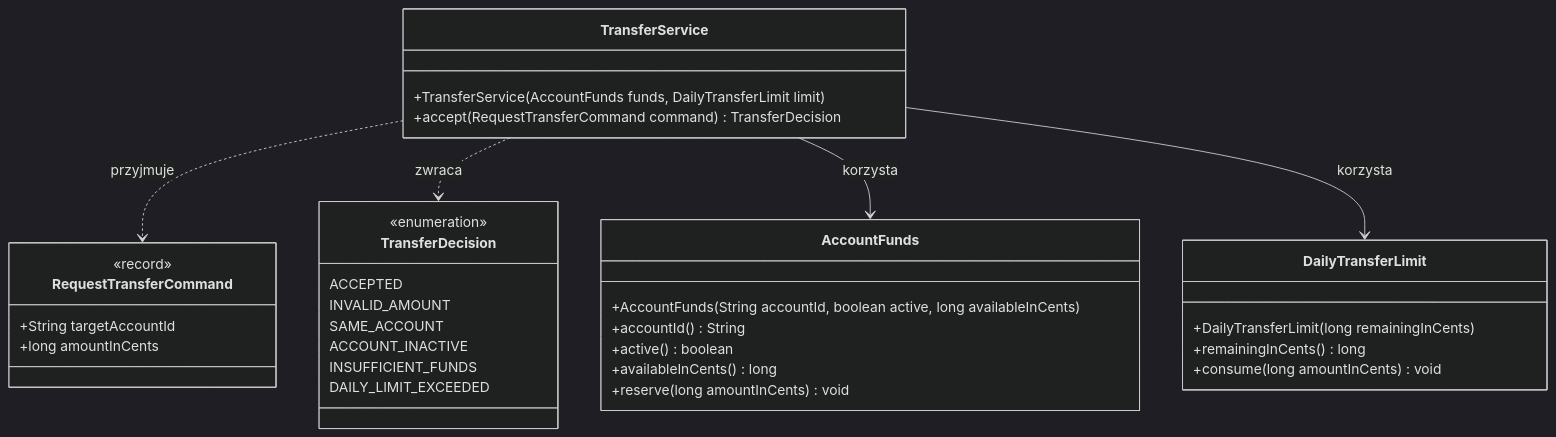
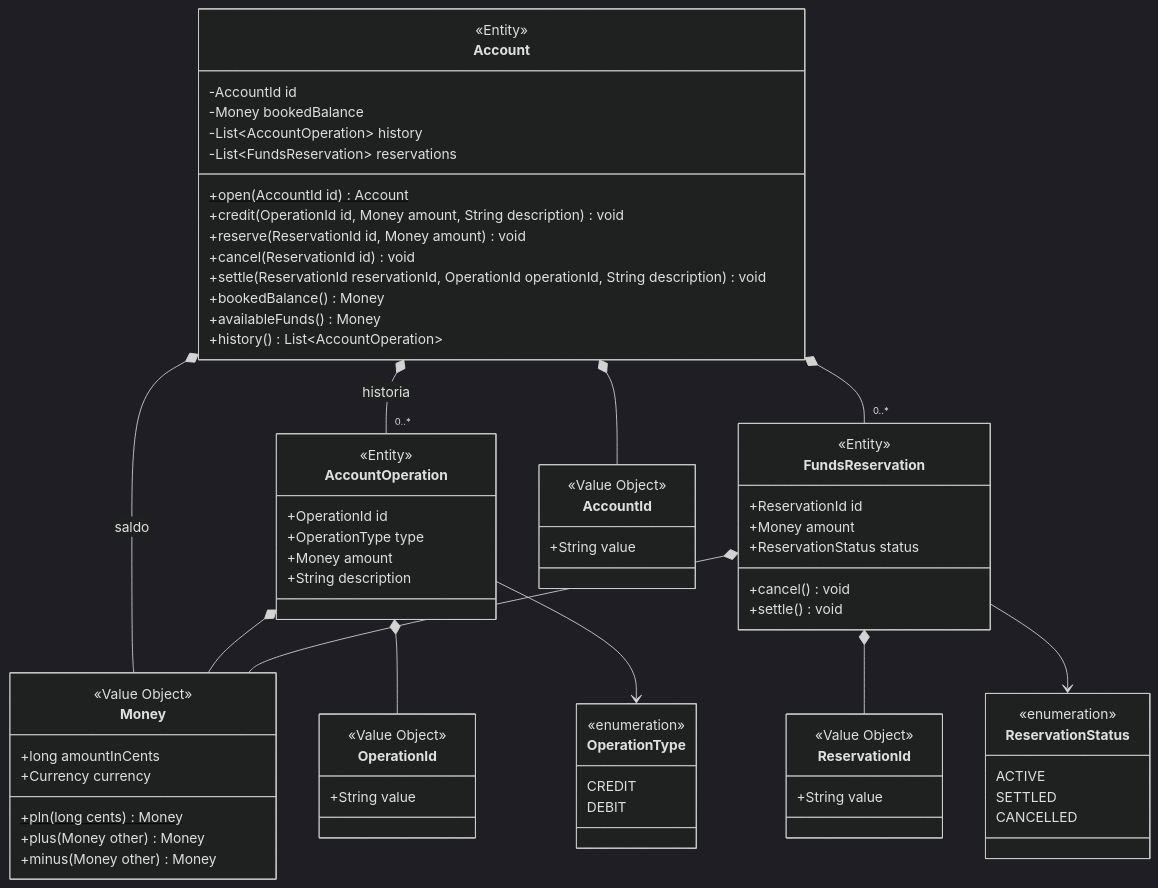
The diagram in README.md (PJMPR/mprd-lab06-template), drawn with Mermaid (dark theme) before and after one commit. The commit also changed other lines of this file and 32 other files, not shown here.

````diff
--- a/README.md
+++ b/README.md
@@ -182,38 +135,77 @@
 ```mermaid
 classDiagram
     direction TB
-    class TransferService {
-        +TransferService(AccountFunds funds, DailyTransferLimit limit)
-        +accept(RequestTransferCommand command) TransferDecision
+
+    class Account {
+        <<Entity>>
+        -AccountId id
+        -Money bookedBalance
+        -List~AccountOperation~ history
+        -List~FundsReservation~ reservations
+        +open(AccountId id) Account$
+        +credit(OperationId id, Money amount, String description) void
+        +reserve(ReservationId id, Money amount) void
+        +cancel(ReservationId id) void
+        +settle(ReservationId reservationId, OperationId operationId, String description) void
+        +bookedBalance() Money
+        +availableFunds() Money
+        +history() List~AccountOperation~
     }
-    class RequestTransferCommand {
-        <<record>>
-        +String targetAccountId
+    class AccountOperation {
+        <<Entity>>
+        +OperationId id
+        +OperationType type
+        +Money amount
+        +String description
+    }
+    class FundsReservation {
+        <<Entity>>
+        +ReservationId id
+        +Money amount
+        +ReservationStatus status
+        +cancel() void
+        +settle() void
+    }
+    class Money {
+        <<Value Object>>
         +long amountInCents
+        +Currency currency
+        +pln(long cents) Money$
+        +plus(Money other) Money
+        +minus(Money other) Money
     }
-    class TransferDecision {
+    class AccountId {
+        <<Value Object>>
+        +String value
+    }
+    class OperationId {
+        <<Value Object>>
+        +String value
+    }
+    class ReservationId {
+        <<Value Object>>
+        +String value
+    }
+    class OperationType {
         <<enumeration>>
-        ACCEPTED
-        INVALID_AMOUNT
-        SAME_ACCOUNT
-        ACCOUNT_INACTIVE
-        INSUFFICIENT_FUNDS
-        DAILY_LIMIT_EXCEEDED
+        CREDIT
+        DEBIT
     }
-    class AccountFunds {
-        +AccountFunds(String accountId, boolean active, long availableInCents)
-        +accountId() String
-        +active() boolean
-        +availableInCents() long
-        +reserve(long amountInCents) void
+    class ReservationStatus {
+        <<enumeration>>
+        ACTIVE
+        SETTLED
+        CANCELLED
     }
-    class DailyTransferLimit {
-        +DailyTransferLimit(long remainingInCents)
-        +remainingInCents() long
-        +consume(long amountInCents) void
-    }
-    TransferService ..> RequestTransferCommand : przyjmuje
-    TransferService ..> TransferDecision : zwraca
-    TransferService --> AccountFunds : korzysta
-    TransferService --> DailyTransferLimit : korzysta
+
+    Account *-- AccountId
+    Account *-- Money : saldo
+    Account *-- "0..*" AccountOperation : historia
+    Account *-- "0..*" FundsReservation
+    AccountOperation *-- OperationId
+    AccountOperation *-- Money
+    AccountOperation --> OperationType
+    FundsReservation *-- ReservationId
+    FundsReservation *-- Money
+    FundsReservation --> ReservationStatus
 ```
````
